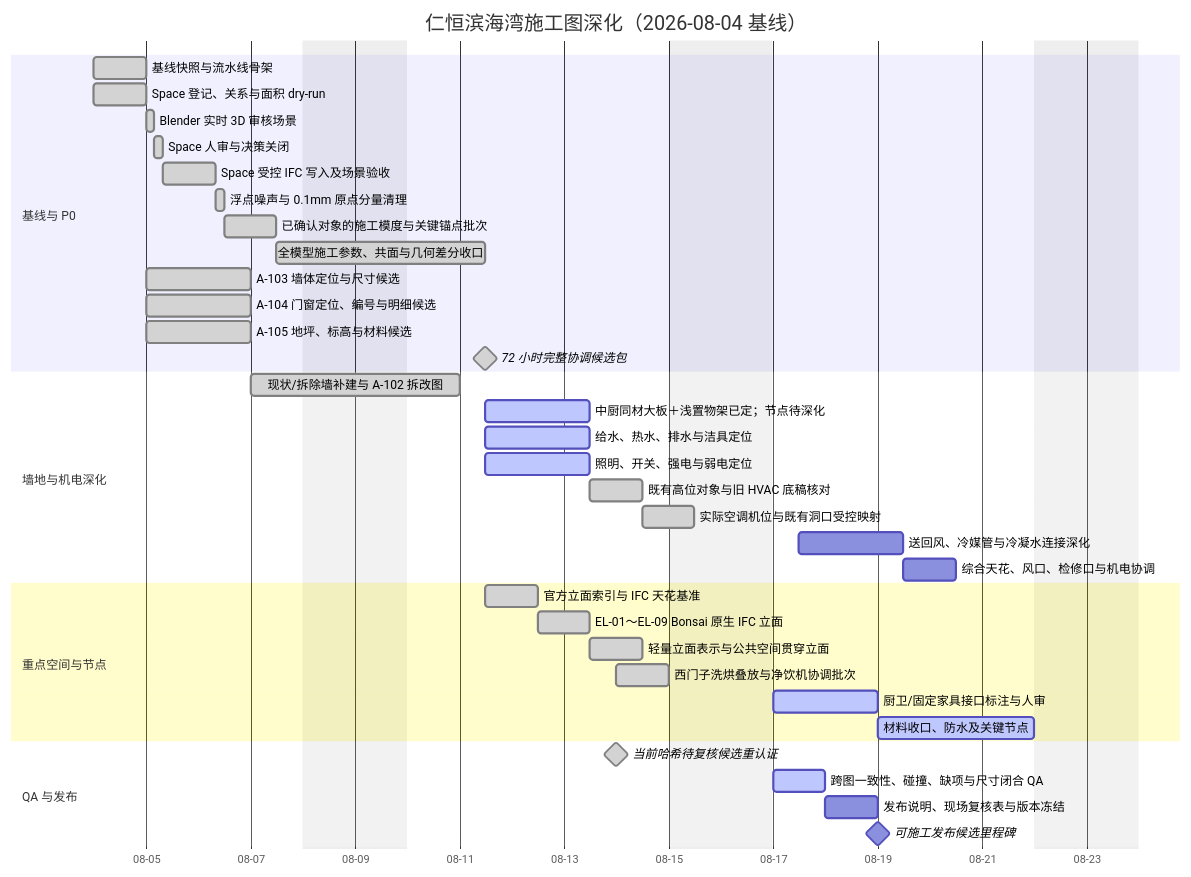
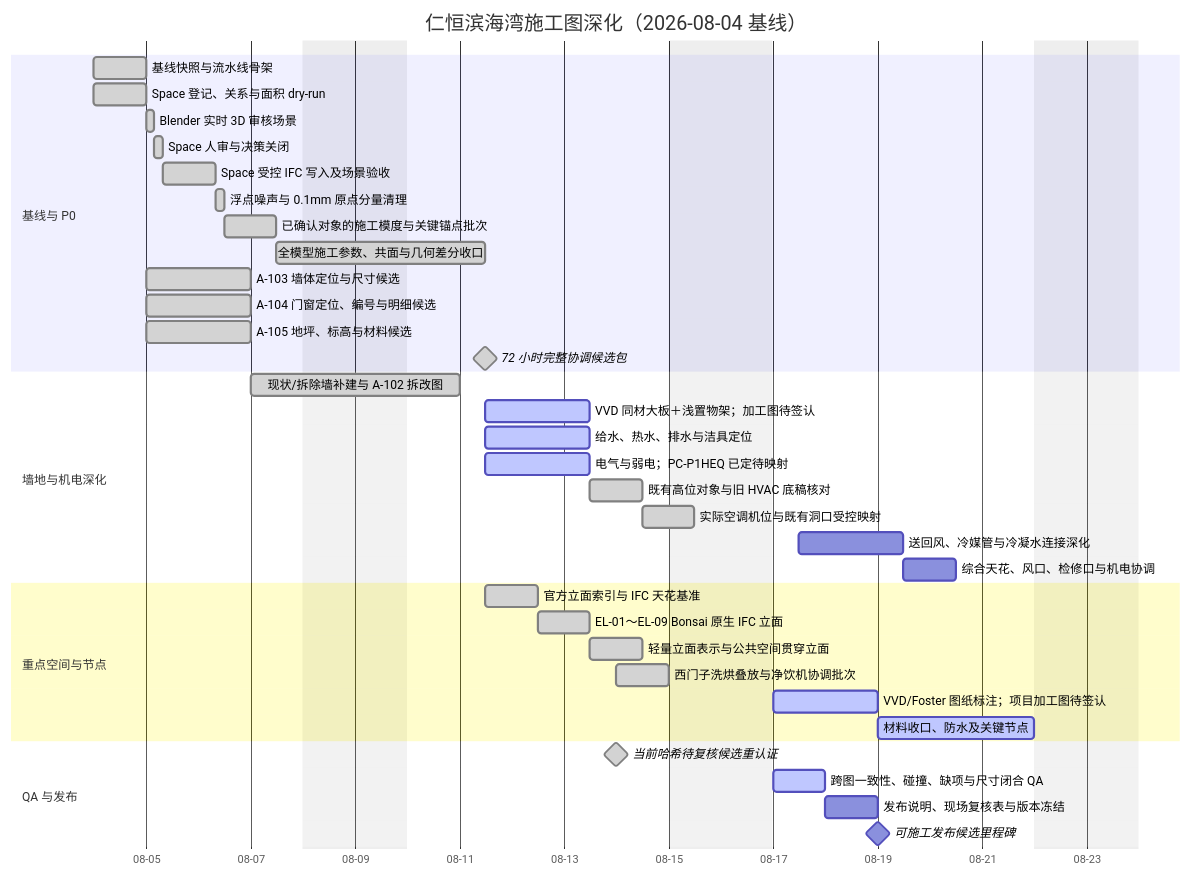
Before and after one commit to Weihan96/2504-GBTB-Yanlord-Zhuhai: the diagram in drawings/滨海湾装修施工图深化工作管理.md, drawn with Mermaid. The commit also changed other lines of this file and 36 other files, not shown here.

````diff
--- a/drawings/滨海湾装修施工图深化工作管理.md
+++ b/drawings/滨海湾装修施工图深化工作管理.md
@@ -104,45 +104,45 @@
 ```mermaid
 gantt
     title 仁恒滨海湾施工图深化（2026-08-04 基线）
     dateFormat  YYYY-MM-DD
     axisFormat  %m-%d
     excludes    weekends
 
     section 基线与 P0
     基线快照与流水线骨架                 :done, M000, 2026-08-04, 1d
     Space 登记、关系与面积 dry-run       :done, S001, 2026-08-04, 1d
     Blender 实时 3D 审核场景              :done, S002A, after S001, 4h
     Space 人审与决策关闭                 :done, S002, after S002A, 4h
     Space 受控 IFC 写入及场景验收         :done, S003, after S002, 1d
     浮点噪声与 0.1mm 原点分量清理          :done, C001, after S003, 4h
     已确认对象的施工模度与关键锚点批次       :done, C002, after C001, 1d
     全模型施工参数、共面与几何差分收口       :done, C003, after C002, 2d
     A-103 墙体定位与尺寸候选              :done, A103, after S001, 2d
     A-104 门窗定位、编号与明细候选         :done, A104, after S001, 2d
     A-105 地坪、标高与材料候选             :done, A105, after S001, 2d
     72 小时完整协调候选包                 :milestone, done, M072, after C003 A103 A104 A105, 0d
 
     section 墙地与机电深化
     现状/拆除墙补建与 A-102 拆改图         :done, A102, after A103, 2d
-    中厨同材大板＋浅置物架已定；节点待深化     :active, WFIN, after M072, 2d
+    VVD 同材大板＋浅置物架；加工图待签认   :active, WFIN, after M072, 2d
     给水、热水、排水与洁具定位             :active, PLUM, after M072, 2d
-    照明、开关、强电与弱电定位             :active, ELEC, after M072, 2d
+    电气与弱电；PC-P1HEQ 已定待映射     :active, ELEC, after M072, 2d
     既有高位对象与旧 HVAC 底稿核对          :done, RCP1A, after ELEC, 1d
     实际空调机位与既有洞口受控映射          :done, RCP1B, after RCP1A, 1d
     送回风、冷媒管与冷凝水连接深化           :RCP1C, after RCP1B, 2d
     综合天花、风口、检修口与机电协调        :RCP1, after RCP1C, 1d
 
     section 重点空间与节点
     官方立面索引与 IFC 天花基准             :done, INT1A, after M072, 1d
     EL-01～EL-09 Bonsai 原生 IFC 立面       :done, INT1B, after INT1A, 1d
     轻量立面表示与公共空间贯穿立面            :done, INT1B2, after INT1B, 1d
     西门子洗烘叠放与净饮机协调批次          :done, APP17, 2026-08-14, 1d
-    厨卫/固定家具接口标注与人审             :active, INT1, after APP17, 2d
+    VVD/Foster 图纸标注；项目加工图待签认      :active, INT1, after APP17, 2d
     材料收口、防水及关键节点               :active, DET1, after INT1, 3d
 
     section QA 与发布
     当前哈希待复核候选重认证                :milestone, done, MREV, 2026-08-14, 0d
     跨图一致性、碰撞、缺项与尺寸闭合 QA     :active, QA01, 2026-08-17, 1d
     发布说明、现场复核表与版本冻结           :REL1, 2026-08-18, 1d
     可施工发布候选里程碑                   :milestone, MREL, 2026-08-19, 0d
 ```
````
